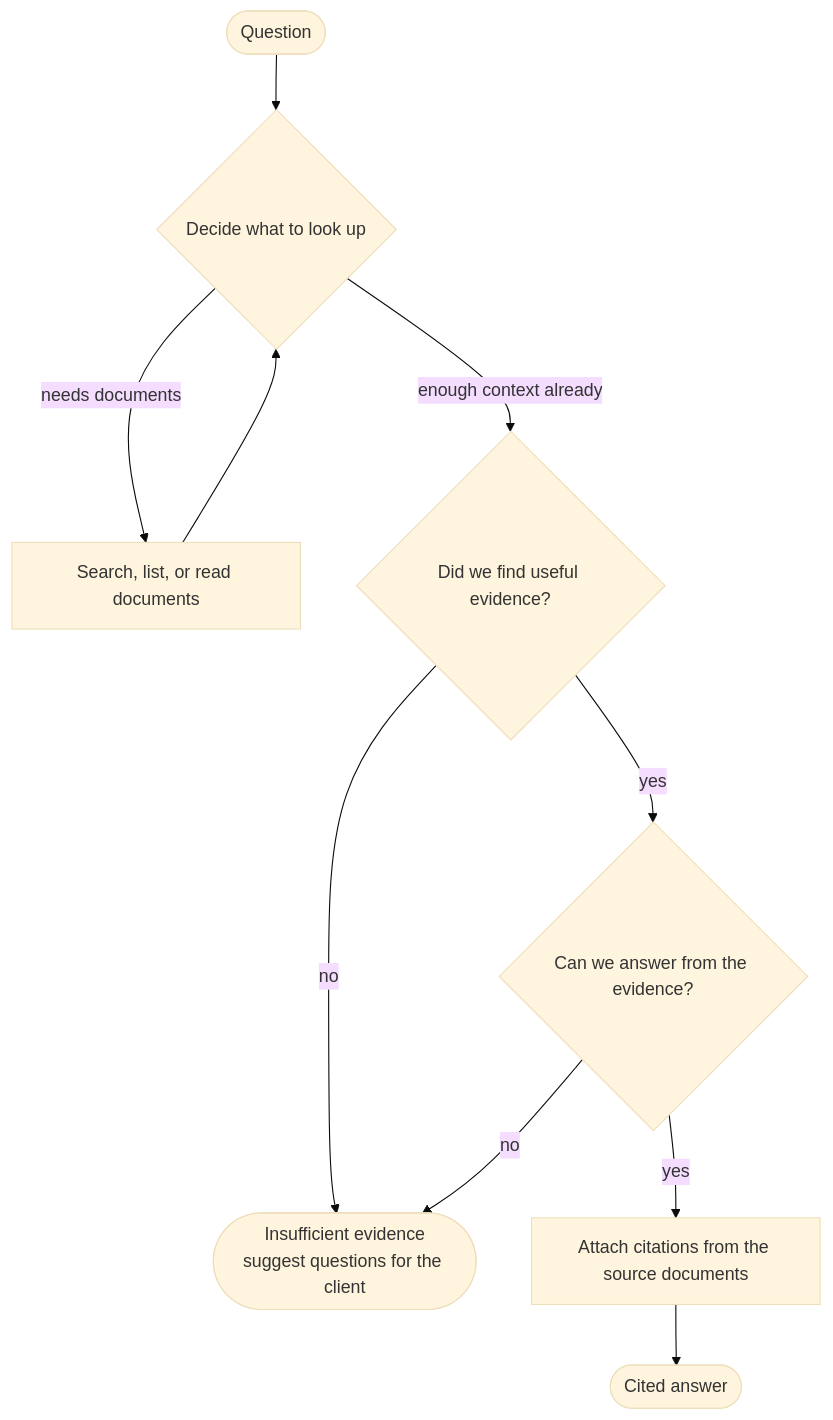
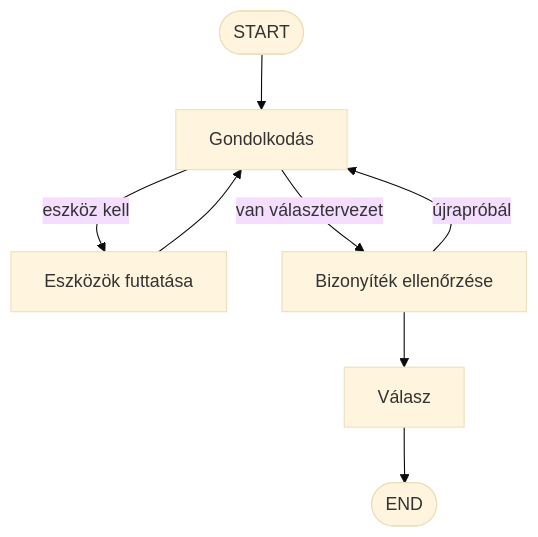
Before and after one commit to fazakaserik/audit-ai: the seventh of 7 diagrams in README.md, drawn with Mermaid (base theme). The commit also changed other lines of this file and 5 other files, not shown here.

````diff
--- a/README.md
+++ b/README.md
@@ -183,20 +570,10 @@
 ```mermaid
 flowchart TD
-  Q([Question]) --> think
-
-  think{Decide what to look up}
-  think -->|needs documents| lookup[Search, list, or read documents]
-  think -->|enough context already| check
-
-  lookup --> think
-
-  check{Did we find useful evidence?}
-  check -->|no| missing([Insufficient evidence<br/>suggest questions for the client])
-  check -->|yes| draft
-
-  draft{Can we answer from the evidence?}
-  draft -->|no| missing
-  draft -->|yes| cite[Attach citations from the source documents]
-
-  cite --> done([Cited answer])
+  start([START]) --> think[Gondolkodás]
+  think -->|eszköz kell| tools[Eszközök futtatása]
+  think -->|van választervezet| check[Bizonyíték ellenőrzése]
+  tools --> think
+  check -->|újrapróbál| think
+  check --> valasz[Válasz]
+  valasz --> finish([END])
 ```
````
